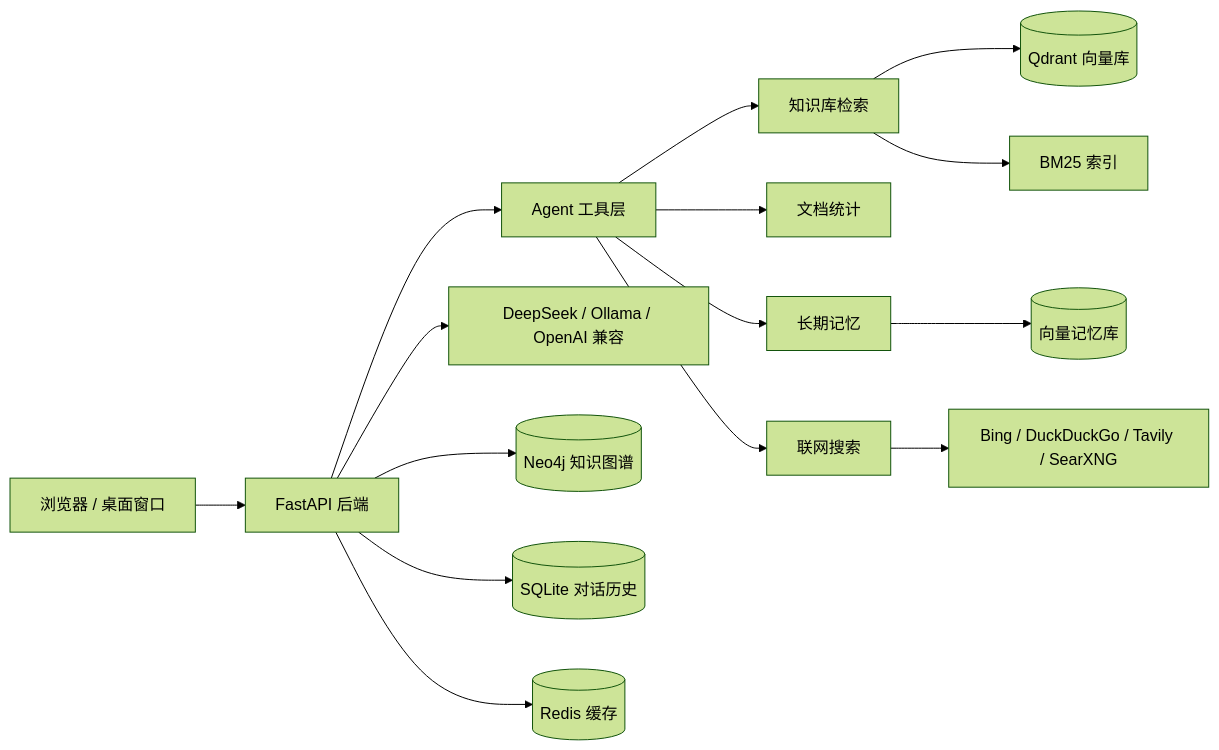
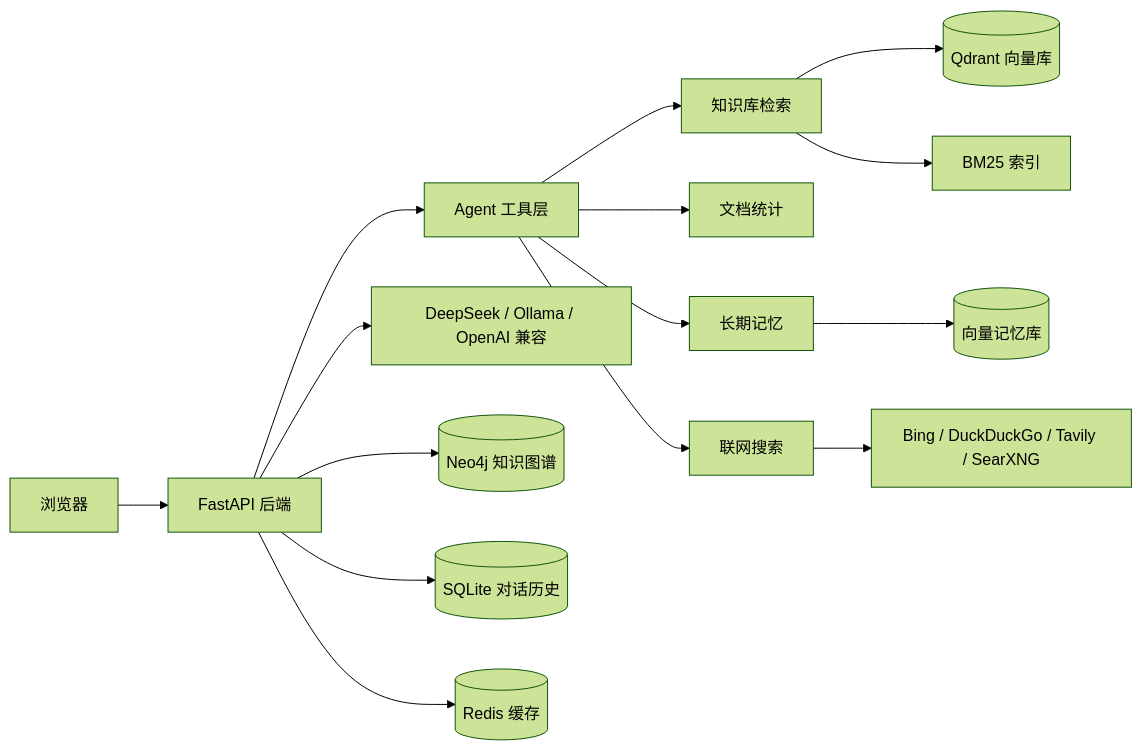
Before and after one commit to ZHAB00/PHD-PersonalKnowledgeBase: the diagram in README.md, drawn with Mermaid (forest theme). The commit also changed other lines of this file and 14 other files, not shown here.

````diff
--- a/README.md
+++ b/README.md
@@ -22,17 +21,17 @@
 ```mermaid
 flowchart LR
-  A[浏览器 / 桌面窗口] --> B[FastAPI 后端]
+  A[浏览器] --> B[FastAPI 后端]
   B --> C[Agent 工具层]
   C --> D[知识库检索]
   C --> E[文档统计]
   C --> F[长期记忆]
   C --> G[联网搜索]
   D --> H[(Qdrant 向量库)]
   D --> I[BM25 索引]
   F --> J[(向量记忆库)]
   G --> K[Bing / DuckDuckGo / Tavily / SearXNG]
   B --> L[DeepSeek / Ollama / OpenAI 兼容]
   B --> M[(Neo4j 知识图谱)]
   B --> N[(SQLite 对话历史)]
   B --> O[(Redis 缓存)]
 ```
````
